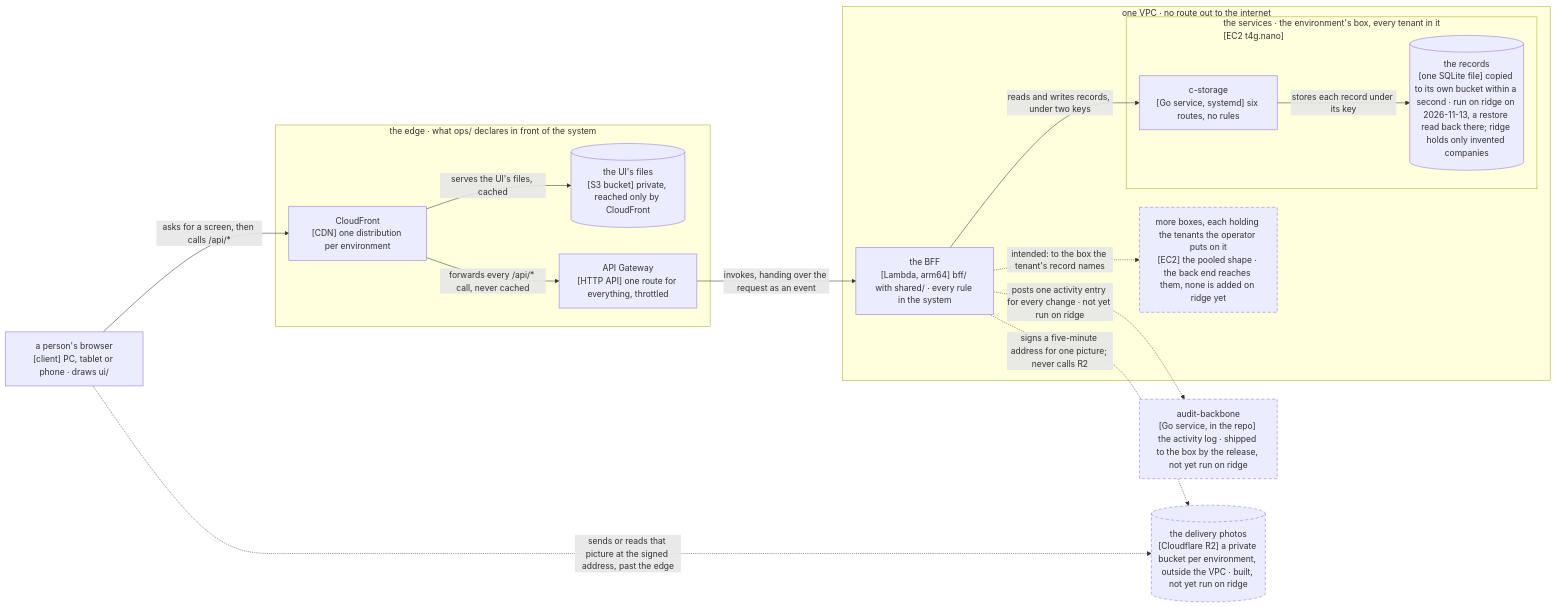
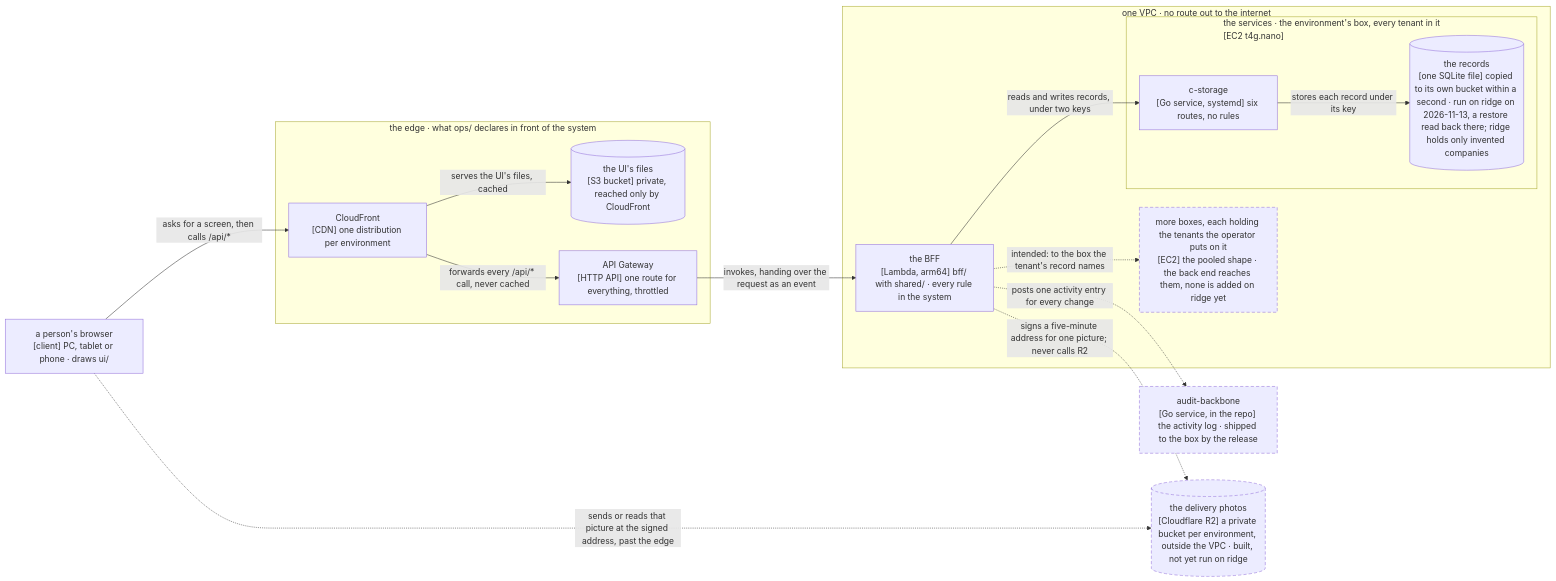
One commit to ancJ29/credo changed the diagram in docs/architecture.md. Above: the diagram before and after it, drawn with Mermaid. The commit also changed 2 other files, not shown here.

Commit message:
docs: the architecture pages and the docs index point to products.md for what runs on ridge

````diff
--- a/docs/architecture.md
+++ b/docs/architecture.md
@@ -20,31 +20,31 @@
 ```mermaid
 flowchart LR
   browser["a person's browser<br/>[client] PC, tablet or phone · draws ui/"]
   subgraph edge["the edge · what ops/ declares in front of the system"]
     cdn["CloudFront<br/>[CDN] one distribution per environment"]
     s3[("the UI's files<br/>[S3 bucket] private, reached only by CloudFront")]
     api["API Gateway<br/>[HTTP API] one route for everything, throttled"]
   end
   subgraph vpc["one VPC · no route out to the internet"]
     bff["the BFF<br/>[Lambda, arm64] bff/ with shared/ · every rule in the system"]
     subgraph box["the services · the environment's box, every tenant in it<br/>[EC2 t4g.nano]"]
       cs["c-storage<br/>[Go service, systemd] six routes, no rules"]
       db[("the records<br/>[one SQLite file] copied to its own bucket within a second · run on ridge on 2026-11-13, a restore read back there; ridge holds only invented companies")]
     end
     more["more boxes, each holding the tenants the operator puts on it<br/>[EC2] the pooled shape · the back end reaches them, none is added on ridge yet"]
   end
-  ab["audit-backbone<br/>[Go service, in the repo] the activity log · shipped to the box by the release, not yet run on ridge"]
+  ab["audit-backbone<br/>[Go service, in the repo] the activity log · shipped to the box by the release"]
   r2[("the delivery photos<br/>[Cloudflare R2] a private bucket per environment, outside the VPC · built, not yet run on ridge")]
   browser -- "asks for a screen, then calls /api/*" --> cdn
   cdn -- "serves the UI's files, cached" --> s3
   cdn -- "forwards every /api/* call, never cached" --> api
   api -- "invokes, handing over the request as an event" --> bff
   bff -- "reads and writes records, under two keys" --> cs
   cs -- "stores each record under its key" --> db
-  bff -. "posts one activity entry for every change · not yet run on ridge" .-> ab
+  bff -. "posts one activity entry for every change" .-> ab
   bff -. "intended: to the box the tenant's record names" .-> more
   bff -. "signs a five-minute address for one picture; never calls R2" .-> r2
   browser -. "sends or reads that picture at the signed address, past the edge" .-> r2
   classDef intended stroke-dasharray: 6 4
   class ab,more,r2 intended
 ```
````
